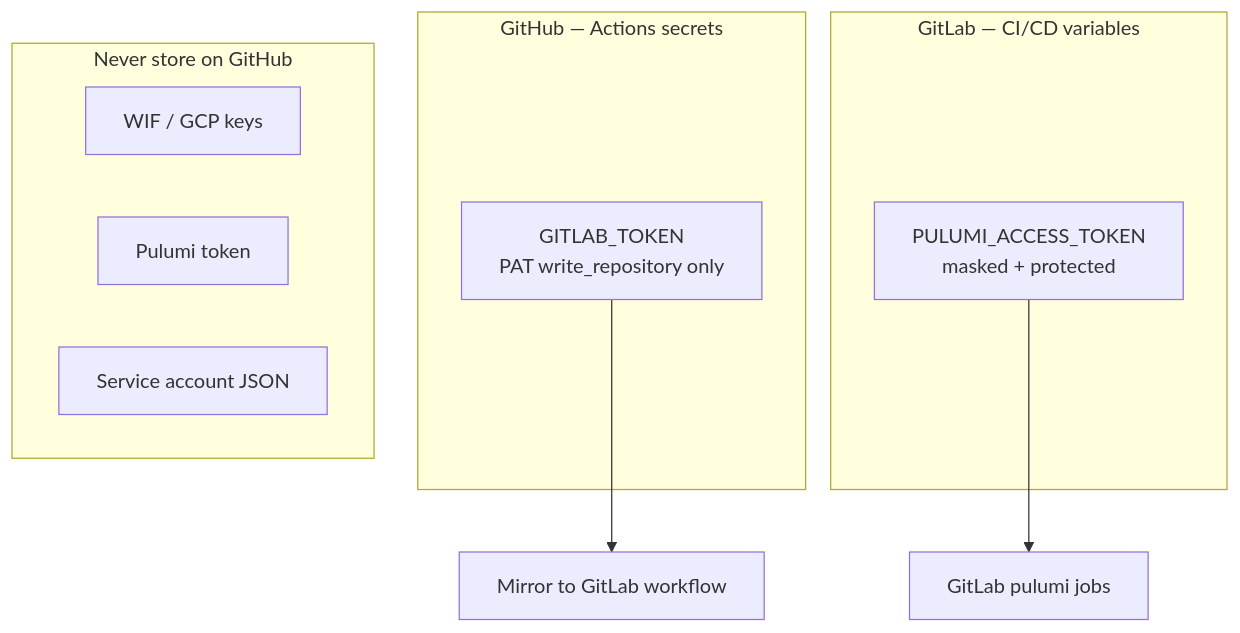
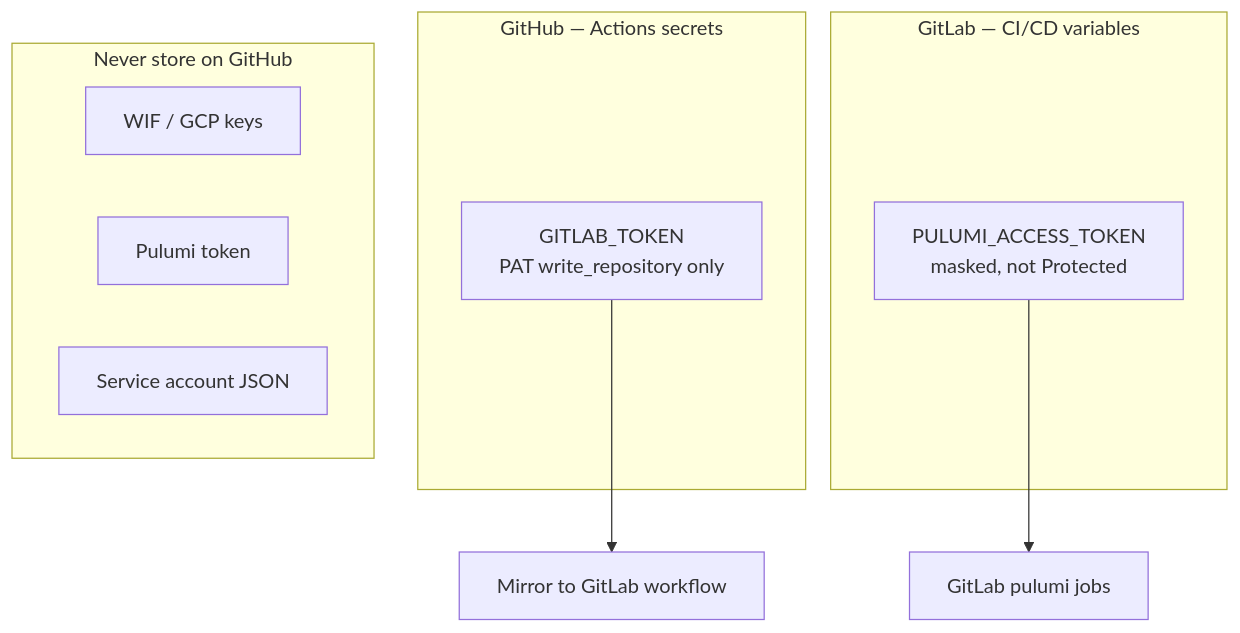
The third of 3 diagrams in docs/FORGES.md (michaelsolla/pulumi-cloud-solla-resume), drawn with Mermaid before and after one commit. The commit also changed other lines of this file and 1 other file, not shown here.

First line of the commit message:
fix: document unprotecting PULUMI_ACCESS_TOKEN for branch preview

````diff
--- a/docs/FORGES.md
+++ b/docs/FORGES.md
@@ -82,19 +82,19 @@
 ```mermaid
 flowchart TB
   subgraph githubSecrets [GitHub — Actions secrets]
     Token["GITLAB_TOKEN<br/>PAT write_repository only"]
   end
 
   subgraph gitlabSecrets [GitLab — CI/CD variables]
-    Pulumi["PULUMI_ACCESS_TOKEN<br/>masked + protected"]
+    Pulumi["PULUMI_ACCESS_TOKEN<br/>masked, not Protected"]
   end
 
   subgraph never [Never store on GitHub]
     WIF[WIF / GCP keys]
     PulumiAgain[Pulumi token]
     SA[Service account JSON]
   end
 
   Token --> MirrorJob[Mirror to GitLab workflow]
   Pulumi --> DeployJob[GitLab pulumi jobs]
 ```
````
